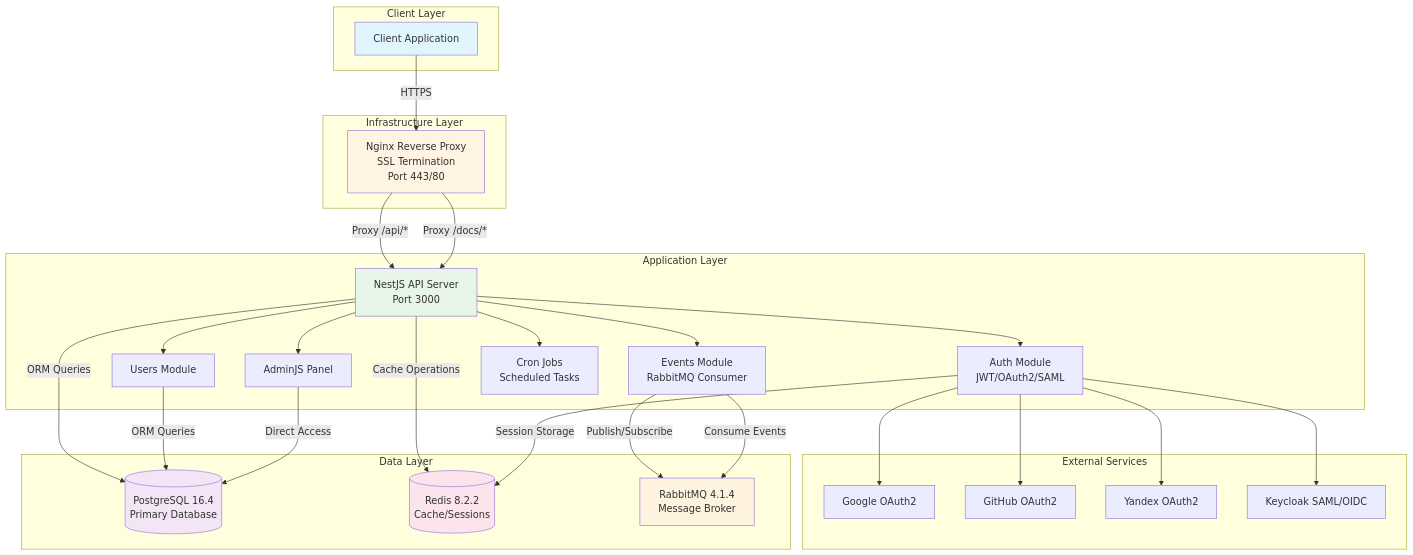
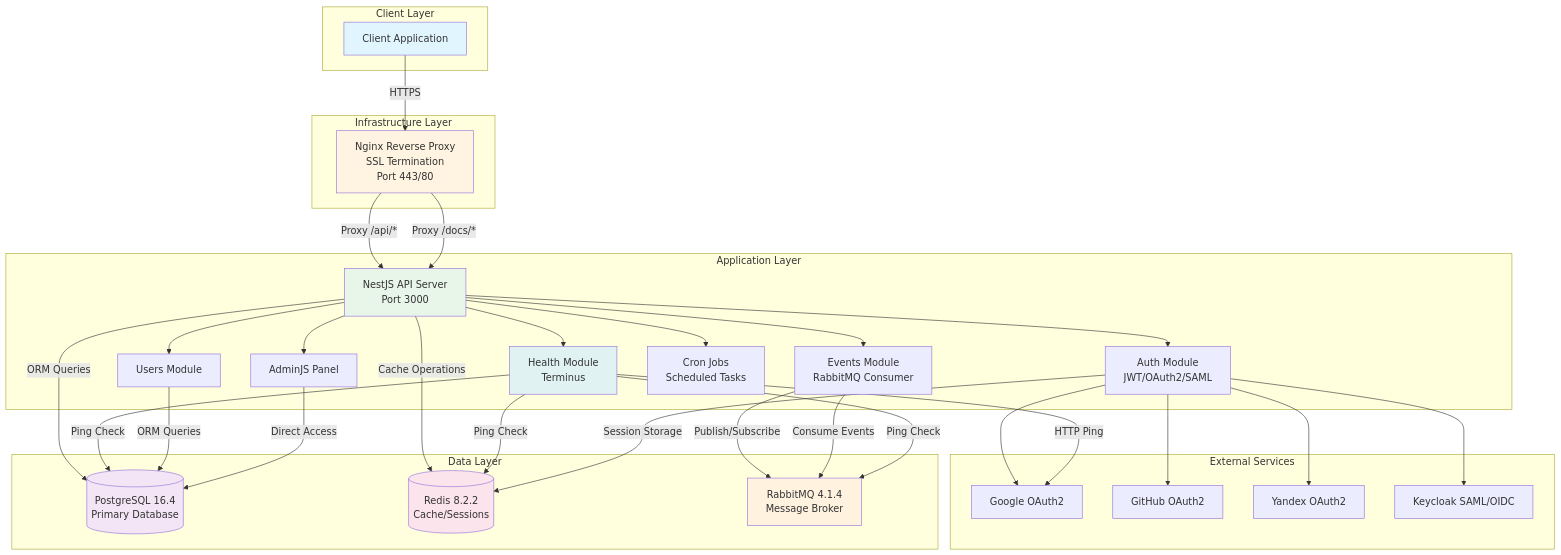
One commit to MarkDanilchenko/LightweightProject changed the diagram in README.md. Above: the diagram before and after it, drawn with Mermaid. The commit also changed other lines of this file, not shown here.

````diff
--- a/README.md
+++ b/README.md
@@ -132,63 +136,71 @@
 ```mermaid
 graph TB
     subgraph "Client Layer"
         Client[Client Application]
     end
     
     subgraph "Infrastructure Layer"
         Nginx[Nginx Reverse Proxy<br/>SSL Termination<br/>Port 443/80]
     end
     
     subgraph "Application Layer"
         API[NestJS API Server<br/>Port 3000]
         Auth[Auth Module<br/>JWT/OAuth2/SAML]
         Users[Users Module]
         Events[Events Module<br/>RabbitMQ Consumer]
+        Health[Health Module<br/>Terminus]
         Admin[AdminJS Panel]
         Cron[Cron Jobs<br/>Scheduled Tasks]
     end
     
     subgraph "Data Layer"
         PostgreSQL[(PostgreSQL 16.4<br/>Primary Database)]
         Redis[(Redis 8.2.2<br/>Cache/Sessions)]
         RabbitMQ[RabbitMQ 4.1.4<br/>Message Broker]
     end
     
     subgraph "External Services"
         Google[Google OAuth2]
         GitHub[GitHub OAuth2]
         Yandex[Yandex OAuth2]
         Keycloak[Keycloak SAML/OIDC]
     end
     
     Client -->|HTTPS| Nginx
     Nginx -->|Proxy /api/*| API
     Nginx -->|Proxy /docs/*| API
     
     API --> Auth
     API --> Users
     API --> Events
+    API --> Health
     API --> Admin
     API --> Cron
     
     Auth --> Google
     Auth --> GitHub
     Auth --> Yandex
     Auth --> Keycloak
     
     API -->|ORM Queries| PostgreSQL
     API -->|Cache Operations| Redis
     Events -->|Publish/Subscribe| RabbitMQ
     Events -->|Consume Events| RabbitMQ
+
+    Health -->|Ping Check| PostgreSQL
+    Health -->|Ping Check| Redis
+    Health -->|Ping Check| RabbitMQ
+    Health -->|HTTP Ping| Google
     
     Auth -->|Session Storage| Redis
     Users -->|ORM Queries| PostgreSQL
     Admin -->|Direct Access| PostgreSQL
     
     style Client fill:#e1f5ff
     style Nginx fill:#fff4e1
     style API fill:#e8f5e9
     style PostgreSQL fill:#f3e5f5
     style Redis fill:#fce4ec
     style RabbitMQ fill:#fff3e0
+    style Health fill:#e0f2f1
 ```
````
